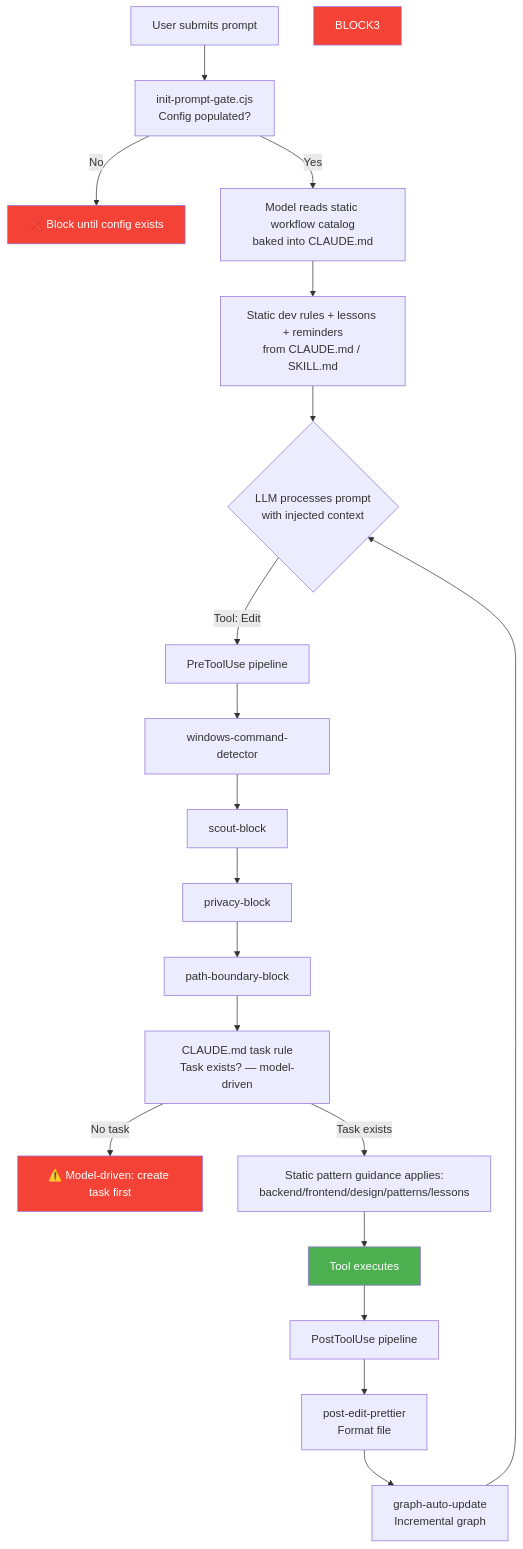
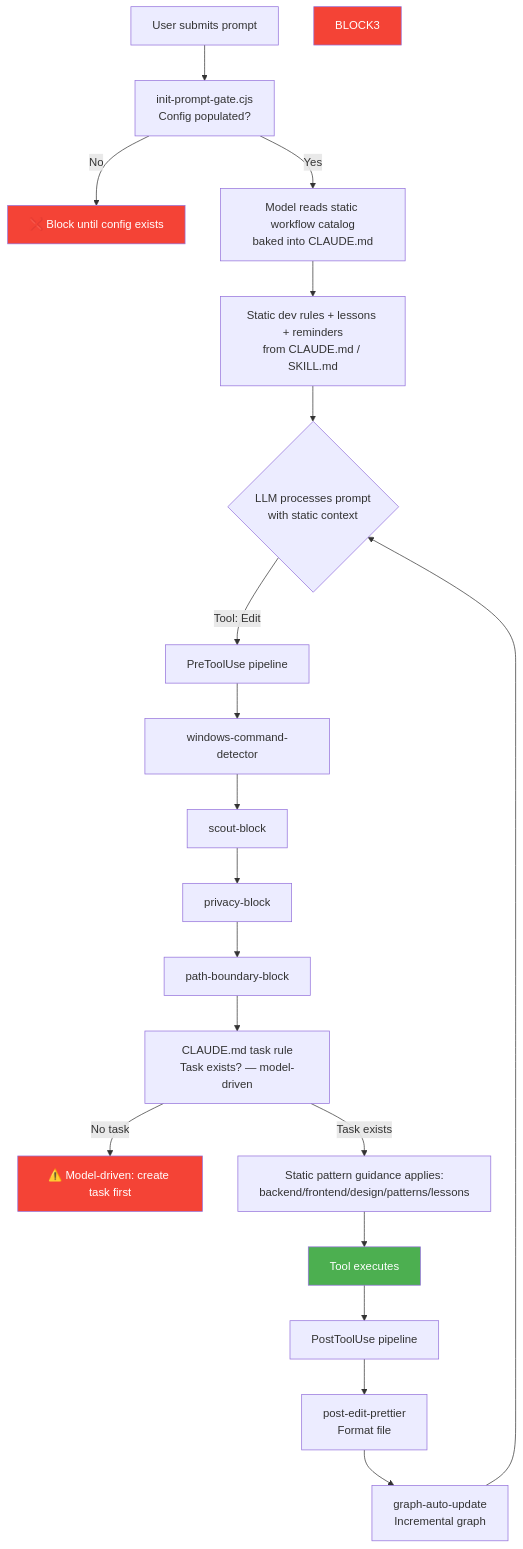
Diagram 20 of 20 in .claude/docs/claude-ai-agent-framework-guide.md (duc01226/easy-claude), drawn with Mermaid before and after one commit. The commit also changed other lines of this file and 269 other files, not shown here.

First line of the commit message:
refactor(framework): move prompt protocols to static carriers

````diff
--- a/.claude/docs/claude-ai-agent-framework-guide.md
+++ b/.claude/docs/claude-ai-agent-framework-guide.md
@@ -3376,30 +3376,30 @@
 ```mermaid
 flowchart TB
     A[User submits prompt] --> B[init-prompt-gate.cjs<br/>Config populated?]
     B -->|No| BLOCK1[❌ Block until config exists]
     B -->|Yes| C[Model reads static workflow catalog<br/>baked into CLAUDE.md]
     C --> D[Static dev rules + lessons + reminders<br/>from CLAUDE.md / SKILL.md]
 
-    D --> H{LLM processes prompt<br/>with injected context}
+    D --> H{LLM processes prompt<br/>with static context}
 
     H -->|Tool: Edit| I[PreToolUse pipeline]
     I --> I1[windows-command-detector]
     I1 --> I2[scout-block]
     I2 --> I3[privacy-block]
     I3 --> I4[path-boundary-block]
     I4 --> I5[CLAUDE.md task rule<br/>Task exists? — model-driven]
     I5 -->|No task| BLOCK2[⚠️ Model-driven: create task first]
     I5 -->|Task exists| I7[Static pattern guidance applies:<br/>backend/frontend/design/patterns/lessons]
     I7 --> EXEC[Tool executes]
 
     EXEC --> J[PostToolUse pipeline]
     J --> J2[post-edit-prettier<br/>Format file]
     J2 --> J4[graph-auto-update<br/>Incremental graph]
 
     J4 --> H
 
     style BLOCK1 fill:#f44336,color:white
     style BLOCK2 fill:#f44336,color:white
     style BLOCK3 fill:#f44336,color:white
     style EXEC fill:#4CAF50,color:white
 ```
````
